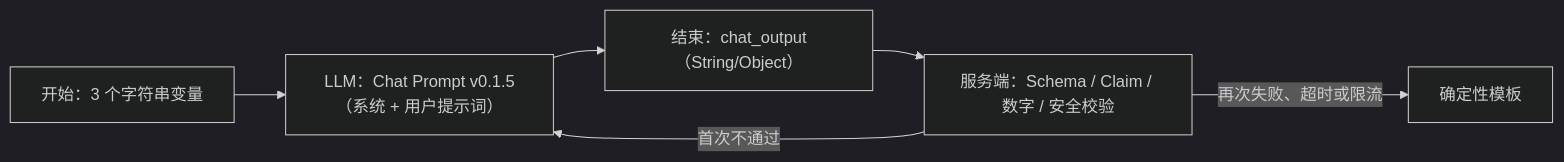
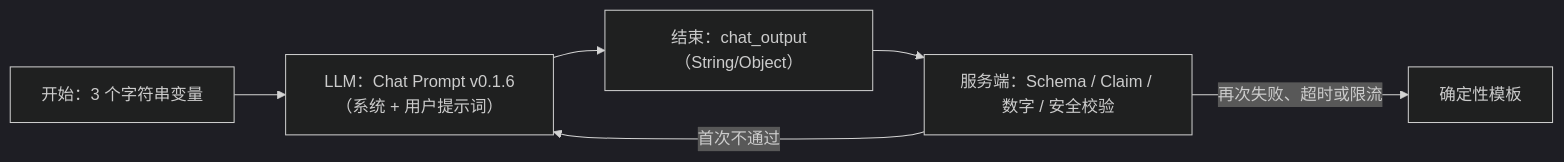
Before and after one commit to yininglee/ai-cycler: the diagram in coze/ride_chat_v1-配置指南.md, drawn with Mermaid (dark theme). The commit also changed other lines of this file and 33 other files, not shown here.

````diff
--- a/coze/ride_chat_v1-配置指南.md
+++ b/coze/ride_chat_v1-配置指南.md
@@ -20,8 +20,8 @@
 ```mermaid
 flowchart LR
-  S["开始：3 个字符串变量"] --> L["LLM：Chat Prompt v0.1.5（系统 + 用户提示词）"]
+  S["开始：3 个字符串变量"] --> L["LLM：Chat Prompt v0.1.6（系统 + 用户提示词）"]
   L --> E["结束：chat_output（String/Object）"]
   E --> V["服务端：Schema / Claim / 数字 / 安全校验"]
   V -->|"首次不通过"| L
   V -->|"再次失败、超时或限流"| F["确定性模板"]
 ```
````
